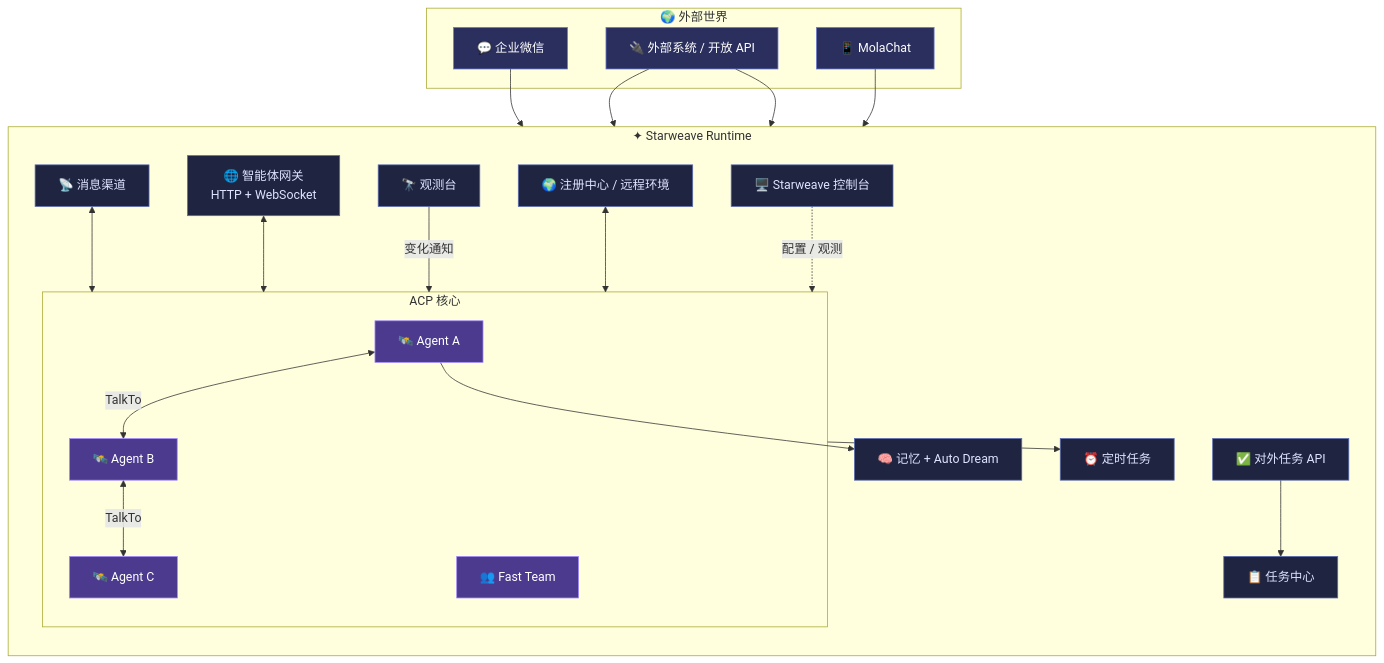
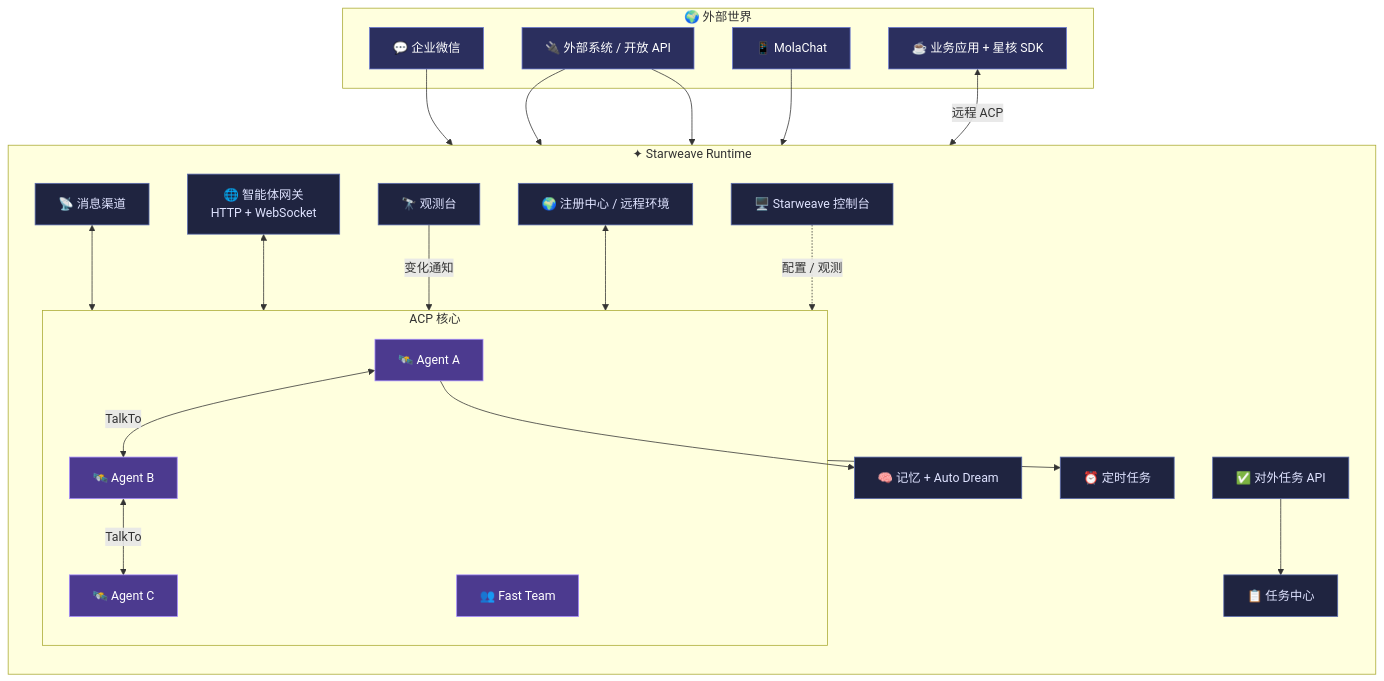
Before and after one commit to molamolaxxx/Starweave: the diagram in README.md, drawn with Mermaid. The commit also changed other lines of this file and 4 other files, not shown here.

````diff
--- a/README.md
+++ b/README.md
@@ -63,51 +67,53 @@
 ```mermaid
 flowchart TB
     subgraph World["🌍 外部世界"]
         WC["💬 企业微信"]
         EXT["🔌 外部系统 / 开放 API"]
         MC["📱 MolaChat"]
+        APP["☕ 业务应用 + 星核 SDK"]
     end
 
     subgraph SW["✦ Starweave Runtime"]
         direction TB
         GW["🌐 智能体网关<br/>HTTP + WebSocket"]
         CH["📡 消息渠道"]
         API["✅ 对外任务 API"]
 
         subgraph Core["ACP 核心"]
             A1["🛰️ Agent A"]
             A2["🛰️ Agent B"]
             A3["🛰️ Agent C"]
             T["👥 Fast Team"]
         end
 
         MEM["🧠 记忆 + Auto Dream"]
         SCH["⏰ 定时任务"]
         OBS["🔭 观测台"]
         REG["🌍 注册中心 / 远程环境"]
         TASK["📋 任务中心"]
         UI["🖥️ Starweave 控制台"]
     end
 
     WC --> CH
     EXT --> GW
     EXT --> API
     MC --> Core
+    APP <-->|远程 ACP| Core
     CH <--> Core
     GW <--> Core
     A1 <-->|TalkTo| A2
     A2 <-->|TalkTo| A3
     A1 --> MEM
     Core --> SCH
     OBS -->|变化通知| Core
     REG <--> Core
     API --> TASK
     UI -.配置 / 观测.-> Core
 
     classDef world fill:#2b2f5e,stroke:#6c7bd4,color:#fff
     classDef core fill:#4c3a8f,stroke:#a58bff,color:#fff
     classDef side fill:#1f2440,stroke:#5a6bb0,color:#dfe3ff
-    class WC,EXT,MC world
+    class WC,EXT,MC,APP world
     class A1,A2,A3,T core
     class GW,CH,API,MEM,SCH,OBS,REG,TASK,UI side
 ```
````
